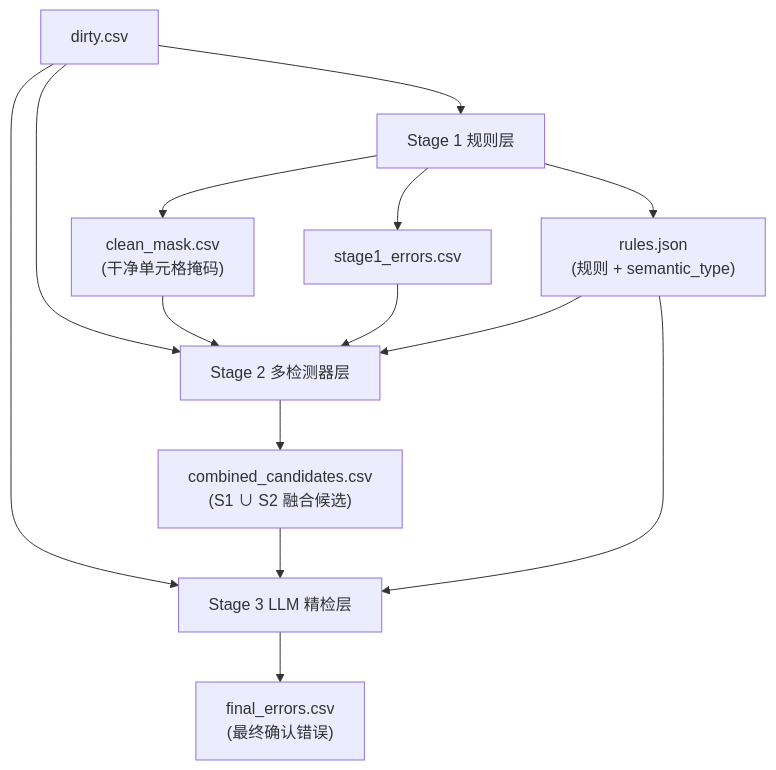
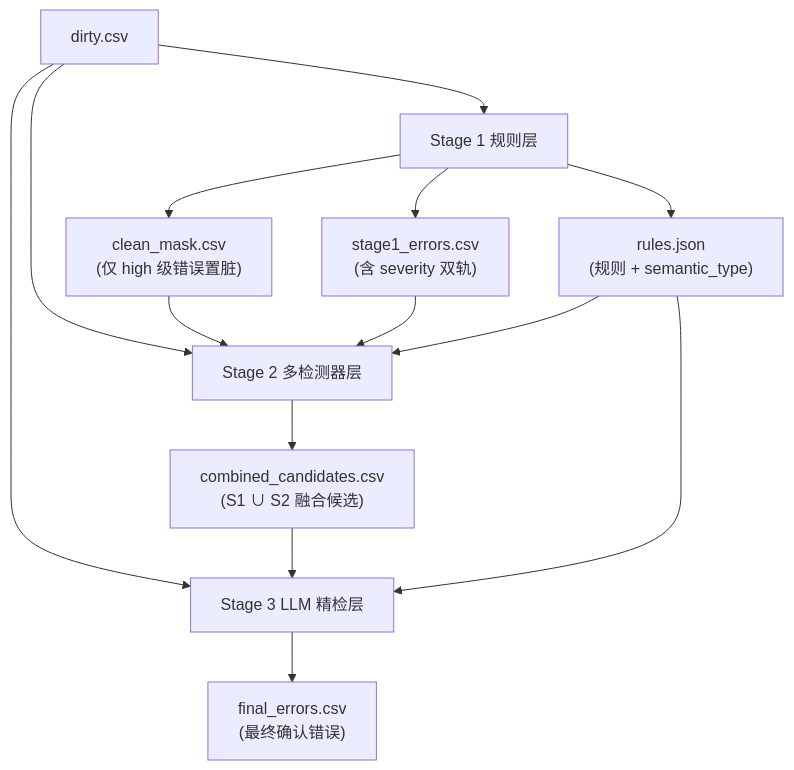
One commit to 1993371829/error_detect changed the third of 3 diagrams in PIPELINE.md. Above: the diagram before and after it, drawn with Mermaid. The commit also changed other lines of this file and 10 other files, not shown here.

````diff
--- a/PIPELINE.md
+++ b/PIPELINE.md
@@ -62,18 +108,18 @@
 ```mermaid
 flowchart TD
     IN["dirty.csv"] --> S1["Stage 1 规则层"]
-    S1 --> E1["stage1_errors.csv"]
+    S1 --> E1["stage1_errors.csv<br/>(含 severity 双轨)"]
     S1 --> R1["rules.json<br/>(规则 + semantic_type)"]
-    S1 --> M1["clean_mask.csv<br/>(干净单元格掩码)"]
+    S1 --> M1["clean_mask.csv<br/>(仅 high 级错误置脏)"]
 
     IN --> S2["Stage 2 多检测器层"]
     M1 --> S2
     E1 --> S2
     R1 --> S2
     S2 --> F2["combined_candidates.csv<br/>(S1 ∪ S2 融合候选)"]
 
     IN --> S3["Stage 3 LLM 精检层"]
     F2 --> S3
     R1 --> S3
     S3 --> O3["final_errors.csv<br/>(最终确认错误)"]
 ```
````
